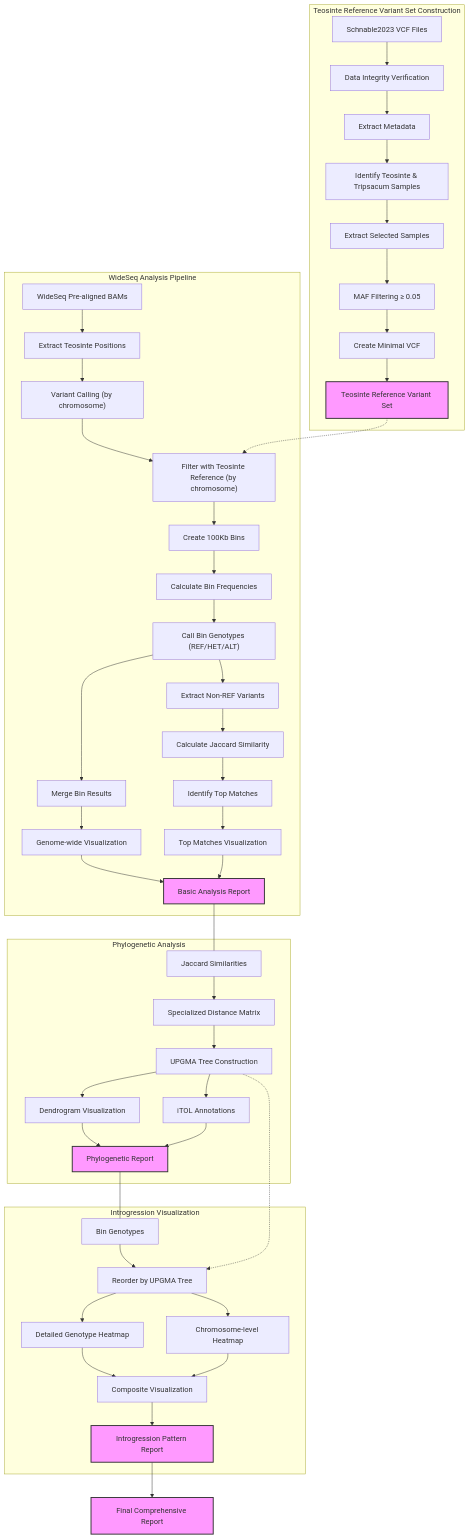
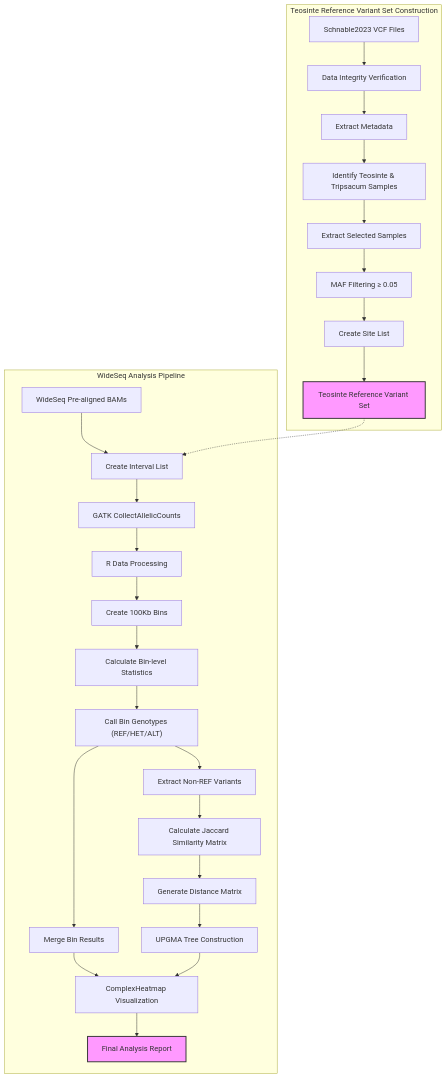
The diagram in README.md (sawers-rellan-labs/BzeaSeq), drawn with Mermaid before and after one commit. The commit also changed other lines of this file, not shown here.

Commit message:
Added gatk allele count and bin analysis with data_table.

````diff
--- a/README.md
+++ b/README.md
@@ -55,65 +54,39 @@
 ```mermaid
 graph TD
     subgraph "Teosinte Reference Variant Set Construction"
         A1[Schnable2023 VCF Files] --> A2[Data Integrity Verification]
         A2 --> A3[Extract Metadata]
         A3 --> A4[Identify Teosinte & Tripsacum Samples]
         A4 --> A5[Extract Selected Samples]
         A5 --> A6[MAF Filtering ≥ 0.05]
-        A6 --> A7[Create Minimal VCF]
+        A6 --> A7[Create Site List]
         A7 --> A8[Teosinte Reference Variant Set]
     end
 
     subgraph "WideSeq Analysis Pipeline"
-        B1[WideSeq Pre-aligned BAMs] --> B2[Extract Teosinte Positions]
-        B2 --> B3["Variant Calling (by chromosome)"]
-        B3 --> B4["Filter with Teosinte Reference (by chromosome)"]
+        B1[WideSeq Pre-aligned BAMs] --> B2[Create Interval List]
+        B2 --> B3["GATK CollectAllelicCounts"]
         
-        A8 -.-> B4
+        A8 -.-> B2
         
+        B3 --> B4["R Data Processing"]
         B4 --> B5["Create 100Kb Bins"]
-        B5 --> B6["Calculate Bin Frequencies"]
+        B5 --> B6["Calculate Bin-level Statistics"]
         B6 --> B7["Call Bin Genotypes (REF/HET/ALT)"]
         
         B7 --> B8[Merge Bin Results]
         B7 --> B9["Extract Non-REF Variants"]
         
-        B9 --> B10["Calculate Jaccard Similarity"]
-        B10 --> B11[Identify Top Matches]
+        B9 --> B10["Calculate Jaccard Similarity Matrix"]
+        B10 --> B11[Generate Distance Matrix]
+        B11 --> B12[UPGMA Tree Construction]
         
-        B8 --> B12[Genome-wide Visualization]
-        B11 --> B13[Top Matches Visualization]
+        B8 --> B13[ComplexHeatmap Visualization]
+        B12 --> B13
         
-        B12 --> B14[Basic Analysis Report]
-        B13 --> B14
+        B13 --> B14[Final Analysis Report]
     end
-    
-    subgraph "Phylogenetic Analysis"
-        C1[Jaccard Similarities] --> C2[Specialized Distance Matrix]
-        C2 --> C3[UPGMA Tree Construction]
-        C3 --> C4[Dendrogram Visualization]
-        C3 --> C5[iTOL Annotations]
-        C4 --> C6[Phylogenetic Report]
-        C5 --> C6
-    end
-    
-    subgraph "Introgression Visualization"
-        D1[Bin Genotypes] --> D2[Reorder by UPGMA Tree]
-        C3 -.-> D2
-        D2 --> D3[Detailed Genotype Heatmap]
-        D2 --> D4[Chromosome-level Heatmap]
-        D3 --> D5[Composite Visualization]
-        D4 --> D5
-        D5 --> D6[Introgression Pattern Report]
-    end
-    
-    B14 --- C1
-    C6 --- D1
-    D6 --> E1[Final Comprehensive Report]
     
     style A8 fill:#f9f,stroke:#333,stroke-width:2px
     style B14 fill:#f9f,stroke:#333,stroke-width:2px
-    style C6 fill:#f9f,stroke:#333,stroke-width:2px
-    style D6 fill:#f9f,stroke:#333,stroke-width:2px
-    style E1 fill:#f9f,stroke:#333,stroke-width:2px
 ```
````
